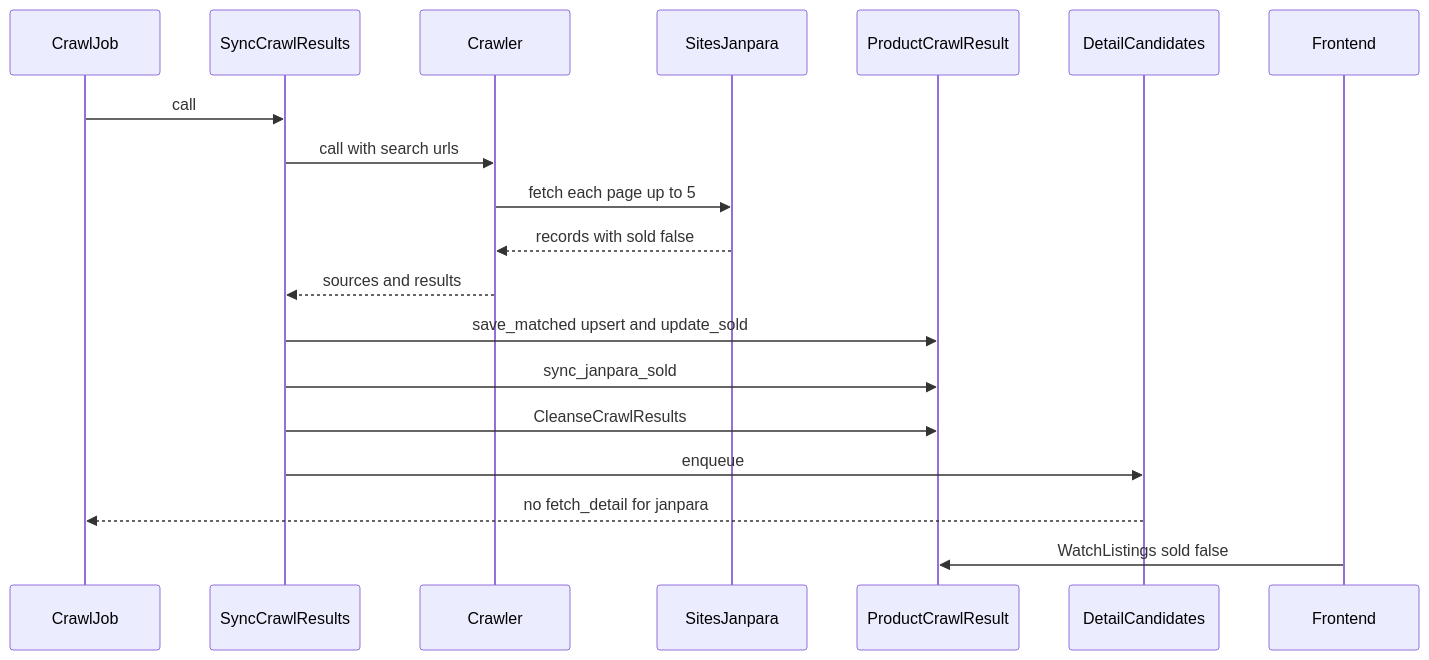
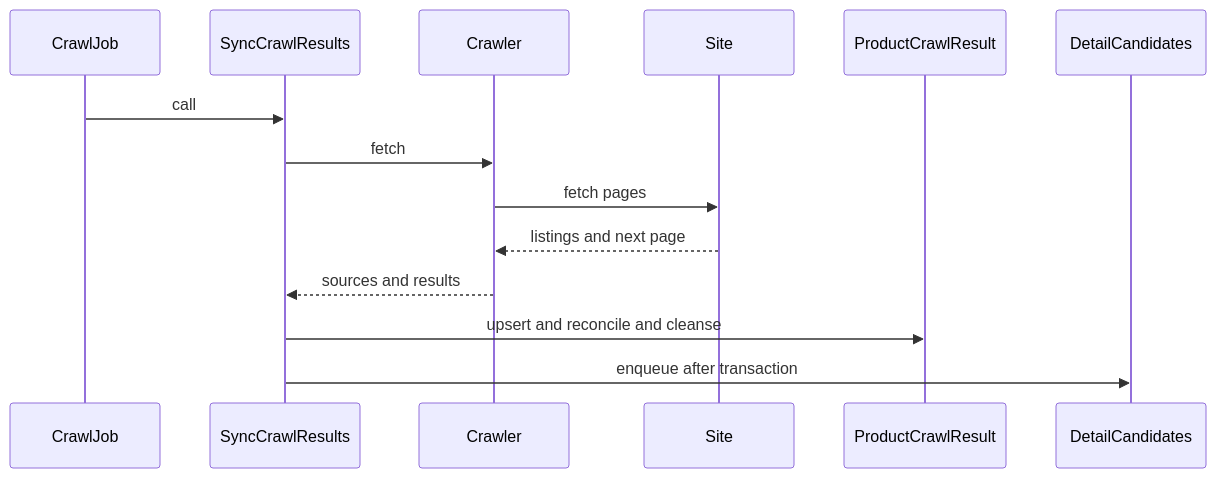
The second of 2 diagrams in aidlc/spaces/default/codekb/price-monitoring/architecture.md (kuroweb/price-monitoring), drawn with Mermaid before and after one commit. The commit also changed other lines of this file and 39 other files, not shown here.

````diff
--- a/aidlc/spaces/default/codekb/price-monitoring/architecture.md
+++ b/aidlc/spaces/default/codekb/price-monitoring/architecture.md
@@ -77,21 +57,16 @@
 ```mermaid
 sequenceDiagram
   participant job as CrawlJob
   participant sync as SyncCrawlResults
   participant crawler as Crawler
-  participant site as SitesJanpara
+  participant site as Site
   participant db as ProductCrawlResult
-  participant candidates as DetailCandidates
-  participant ui as Frontend
+  participant detail as DetailCandidates
   job->>sync: call
-  sync->>crawler: call with search urls
-  crawler->>site: fetch each page up to 5
-  site-->>crawler: records with sold false
+  sync->>crawler: fetch
+  crawler->>site: fetch pages
+  site-->>crawler: listings and next page
   crawler-->>sync: sources and results
-  sync->>db: save_matched upsert and update_sold
-  sync->>db: sync_janpara_sold
-  sync->>db: CleanseCrawlResults
-  sync->>candidates: enqueue
-  candidates-->>job: no fetch_detail for janpara
-  ui->>db: WatchListings sold false
+  sync->>db: upsert and reconcile and cleanse
+  sync->>detail: enqueue after transaction
 ```
````
